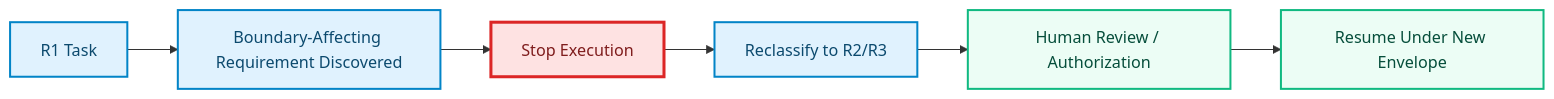
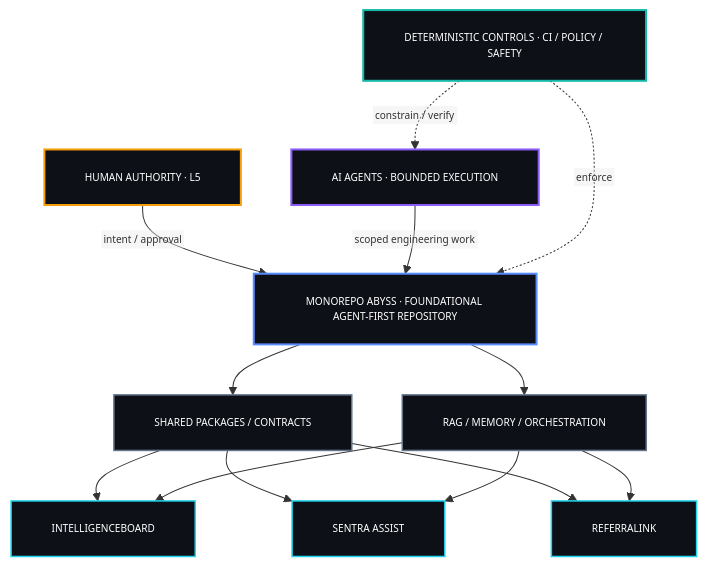
Before and after one commit to drferdii/Monorepo-safrs: the fifth of 7 diagrams in README.md, drawn with Mermaid. The commit also changed other lines of this file, not shown here.

Commit message:
docs: refresh the README for the current monorepo layout

````diff
--- a/README.md
+++ b/README.md
@@ -476,19 +847,41 @@
 ```mermaid
-flowchart LR
-    R1["R1 Task"]
-    Discover["Boundary-Affecting Requirement Discovered"]
-    Stop["Stop Execution"]
-    Reclassify["Reclassify to R2/R3"]
-    Human["Human Review / Authorization"]
-    Resume["Resume Under New Envelope"]
+%%{init: {"flowchart": {"htmlLabels": false, "padding": 20}, "themeVariables": {"fontFamily": "monospace", "fontSize": "10px"}}}%%
+flowchart TB
+  HUMAN["HUMAN AUTHORITY · L5"]
+  AGENTS["AI AGENTS · BOUNDED EXECUTION"]
+  CTRL["DETERMINISTIC CONTROLS · CI / POLICY / SAFETY"]
+  ABYSS["MONOREPO ABYSS · FOUNDATIONAL AGENT-FIRST REPOSITORY"]
+  PACK["SHARED PACKAGES / CONTRACTS"]
+  MEM["RAG / MEMORY / ORCHESTRATION"]
+  INTEL["INTELLIGENCEBOARD"]
+  ASSIST["SENTRA ASSIST"]
+  REF["REFERRALINK"]
 
-    R1 --> Discover --> Stop --> Reclassify --> Human --> Resume
+  HUMAN -->|intent / approval| ABYSS
+  AGENTS -->|scoped engineering work| ABYSS
+  CTRL -. constrain / verify .-> AGENTS
+  CTRL -. enforce .-> ABYSS
 
-    classDef task fill:#E0F2FE,stroke:#0284C7,color:#0C4A6E,stroke-width:2px;
-    classDef gate fill:#FEE2E2,stroke:#DC2626,color:#7F1D1D,stroke-width:3px;
-    classDef approval fill:#ECFDF5,stroke:#10B981,color:#064E3B,stroke-width:2px;
+  ABYSS --> PACK
+  ABYSS --> MEM
+  PACK --> INTEL
+  PACK --> ASSIST
+  PACK --> REF
+  MEM --> INTEL
+  MEM --> ASSIST
+  MEM --> REF
 
-    class R1,Discover,Reclassify task;
-    class Stop gate;
-    class Human,Resume approval;
+  classDef authority fill:#0D1117,stroke:#F59E0B,color:#ffffff,stroke-width:2px;
+  classDef agent fill:#0D1117,stroke:#8B5CF6,color:#ffffff,stroke-width:2px;
+  classDef control fill:#0D1117,stroke:#14B8A6,color:#ffffff,stroke-width:2px;
+  classDef core fill:#0D1117,stroke:#5B8CFF,color:#ffffff,stroke-width:2px;
+  classDef shared fill:#0D1117,stroke:#64748B,color:#ffffff,stroke-width:1.5px;
+  classDef surface fill:#0D1117,stroke:#22D3EE,color:#ffffff,stroke-width:1.5px;
+
+  class HUMAN authority;
+  class AGENTS agent;
+  class CTRL control;
+  class ABYSS core;
+  class PACK,MEM shared;
+  class INTEL,ASSIST,REF surface;
 ```
````
